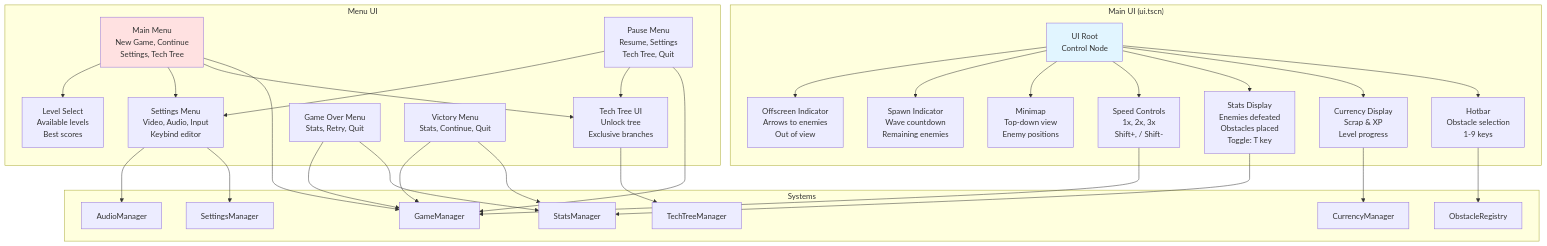
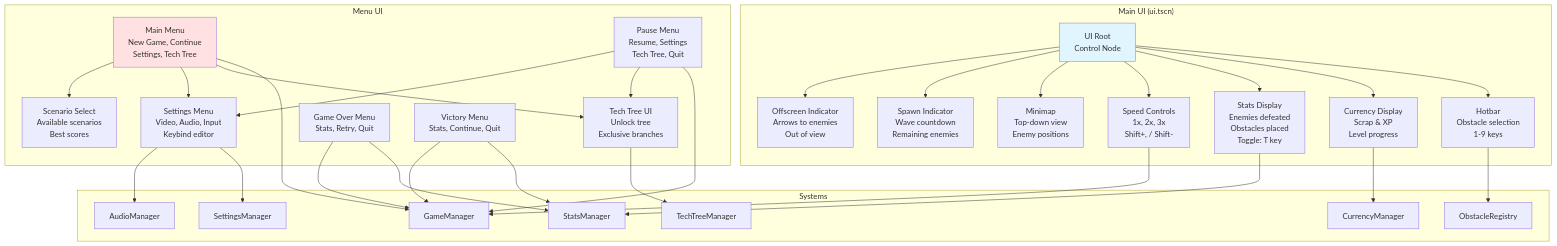
One commit to saebyn/godot-tower-defense changed the sixth of 8 diagrams in docs/ARCHITECTURE.md. Above: the diagram before and after it, drawn with Mermaid. The commit also changed other lines of this file and 30 other files, not shown here.

First line of the commit message:
Align canonical naming: Target→Survivor, health bar→unit frame, Level→Scenario (#341)

````diff
--- a/docs/ARCHITECTURE.md
+++ b/docs/ARCHITECTURE.md
@@ -408,81 +408,81 @@
 ```mermaid
 graph TB
     subgraph "Main UI (ui.tscn)"
         MainUI[UI Root<br/>Control Node]
         
         Hotbar[Hotbar<br/>Obstacle selection<br/>1-9 keys]
         
         CurrencyDisplay[Currency Display<br/>Scrap & XP<br/>Level progress]
         
         StatsDisplay[Stats Display<br/>Enemies defeated<br/>Obstacles placed<br/>Toggle: T key]
         
         SpeedControls[Speed Controls<br/>1x, 2x, 3x<br/>Shift+, / Shift-]
         
         Minimap[Minimap<br/>Top-down view<br/>Enemy positions]
         
         SpawnIndicator[Spawn Indicator<br/>Wave countdown<br/>Remaining enemies]
         
         OffscreenIndicator[Offscreen Indicator<br/>Arrows to enemies<br/>Out of view]
     end
     
     subgraph "Menu UI"
         MainMenu[Main Menu<br/>New Game, Continue<br/>Settings, Tech Tree]
         
         PauseMenu[Pause Menu<br/>Resume, Settings<br/>Tech Tree, Quit]
         
-        LevelSelect[Level Select<br/>Available levels<br/>Best scores]
+        ScenarioSelect[Scenario Select<br/>Available scenarios<br/>Best scores]
         
         TechTree[Tech Tree UI<br/>Unlock tree<br/>Exclusive branches]
         
         Settings[Settings Menu<br/>Video, Audio, Input<br/>Keybind editor]
         
         GameOver[Game Over Menu<br/>Stats, Retry, Quit]
         
         Victory[Victory Menu<br/>Stats, Continue, Quit]
     end
     
     subgraph "Systems"
         GM[GameManager]
         CM[CurrencyManager]
         SM[StatsManager]
         TTM[TechTreeManager]
         OR[ObstacleRegistry]
         AM[AudioManager]
         SetM[SettingsManager]
     end
     
     MainUI --> Hotbar
     MainUI --> CurrencyDisplay
     MainUI --> StatsDisplay
     MainUI --> SpeedControls
     MainUI --> Minimap
     MainUI --> SpawnIndicator
     MainUI --> OffscreenIndicator
     
     Hotbar --> OR
     CurrencyDisplay --> CM
     StatsDisplay --> SM
     SpeedControls --> GM
     
     MainMenu --> GM
     MainMenu --> TechTree
     MainMenu --> Settings
-    MainMenu --> LevelSelect
+    MainMenu --> ScenarioSelect
     
     PauseMenu --> GM
     PauseMenu --> TechTree
     PauseMenu --> Settings
     
     TechTree --> TTM
     Settings --> SetM
     Settings --> AM
     
     GameOver --> SM
     GameOver --> GM
     
     Victory --> SM
     Victory --> GM
     
     style MainUI fill:#e1f5ff
     style MainMenu fill:#ffe1e1
 ```
````
